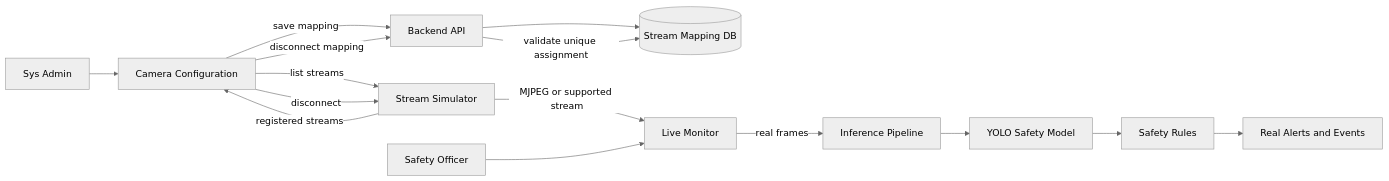
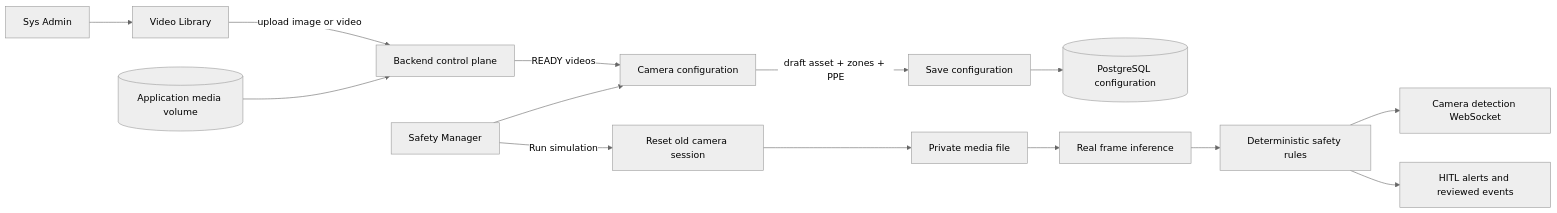
Before and after one commit to NguyenNhat4/Sentiel-safety-intelligent: the diagram in specs/US-29-DEMO-MULTI-CAMERA-STREAM-SPEC.md, drawn with Mermaid (neutral theme). The commit also changed other lines of this file and 134 other files, not shown here.

````diff
--- a/specs/US-29-DEMO-MULTI-CAMERA-STREAM-SPEC.md
+++ b/specs/US-29-DEMO-MULTI-CAMERA-STREAM-SPEC.md
@@ -60,17 +148,17 @@
 ```mermaid
 flowchart LR
-    admin[Sys Admin] --> config[Camera Configuration]
-    config -->|list streams| streamer[Stream Simulator]
-    config -->|save mapping| api[Backend API]
-    api --> db[(Stream Mapping DB)]
-    api -->|validate unique assignment| db
-    streamer -->|registered streams| config
-    streamer -->|MJPEG or supported stream| monitor[Live Monitor]
-    monitor -->|real frames| inference[Inference Pipeline]
-    inference --> model[YOLO Safety Model]
-    model --> rules[Safety Rules]
-    rules --> alerts[Real Alerts and Events]
-    safety[Safety Officer] --> monitor
-    config -->|disconnect| streamer
-    config -->|disconnect mapping| api
+    sysadmin[Sys Admin] --> library[Video Library]
+    library -->|upload image or video| backend[Backend control plane]
+    volume[(Application media volume)] --> backend
+
+    manager[Safety Manager] --> config[Camera configuration]
+    backend -->|READY videos| config
+    config -->|draft asset + zones + PPE| save[Save configuration]
+    save --> db[(PostgreSQL configuration)]
+    manager -->|Run simulation| lifecycle[Reset old camera session]
+    lifecycle --> media[Private media file]
+    media --> inference[Real frame inference]
+    inference --> rules[Deterministic safety rules]
+    rules --> ws[Camera detection WebSocket]
+    rules --> alerts[HITL alerts and reviewed events]
 ```
````
